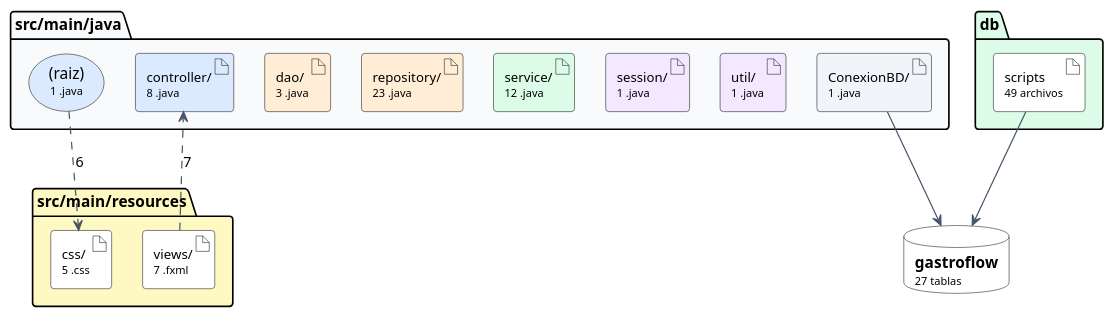
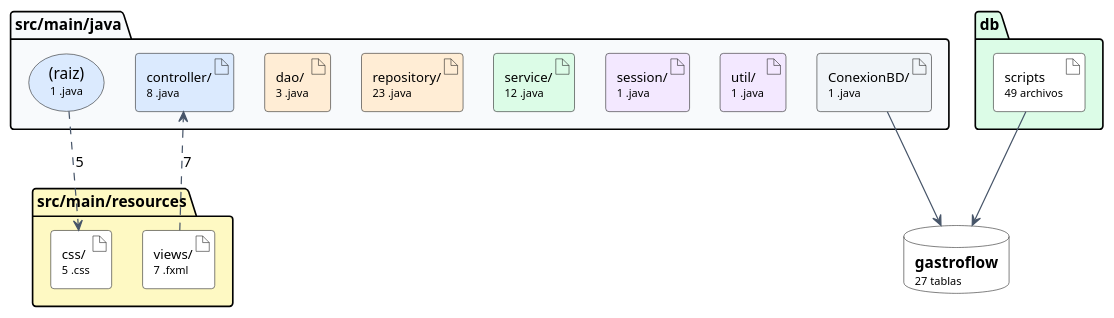
Before and after one commit to puj-course/FIS_2630_1204_G2: the diagram in docs/diagramas-fuente/DiagramaComponentes_S6_Artefactos.puml, drawn with PlantUML. The commit also changed 4 other files, not shown here.

```diff
--- a/docs/diagramas-fuente/DiagramaComponentes_S6_Artefactos.puml
+++ b/docs/diagramas-fuente/DiagramaComponentes_S6_Artefactos.puml
@@ -1,49 +1,49 @@
 @startuml
 allowmixing
 top to bottom direction
 skinparam backgroundColor #FFFFFF
 skinparam shadowing false
 skinparam defaultFontName Helvetica
 skinparam roundCorner 6
 skinparam nodesep 28
 skinparam ranksep 70
 skinparam ArrowColor #475569
 skinparam ArrowThickness 1.1
 skinparam ComponentBackgroundColor #FFFFFF
 skinparam ComponentFontSize 12
 skinparam ComponentBorderColor #334155
 skinparam ArtifactBackgroundColor #FFFFFF
 skinparam ArtifactFontSize 12
 skinparam DatabaseBackgroundColor #FFFFFF
 
 package "src/main/java" #F8FAFC {
   artifact "(raiz)\n<size:10>1 .java</size>" as J__raiz_ #DBEAFE
   artifact "ConexionBD/\n<size:10>1 .java</size>" as J_ConexionBD #F1F5F9
   artifact "controller/\n<size:10>8 .java</size>" as J_controller #DBEAFE
   artifact "dao/\n<size:10>3 .java</size>" as J_dao #FFEDD5
   artifact "repository/\n<size:10>23 .java</size>" as J_repository #FFEDD5
   artifact "service/\n<size:10>12 .java</size>" as J_service #DCFCE7
   artifact "session/\n<size:10>1 .java</size>" as J_session #F3E8FF
   artifact "util/\n<size:10>1 .java</size>" as J_util #F3E8FF
   J__raiz_ -[hidden]right- J_ConexionBD
   J_ConexionBD -[hidden]right- J_controller
   J_controller -[hidden]right- J_dao
   J_dao -[hidden]right- J_repository
   J_repository -[hidden]right- J_service
   J_service -[hidden]right- J_session
   J_session -[hidden]right- J_util
 }
 package "src/main/resources" #FEF9C3 {
   artifact "views/\n<size:10>7 .fxml</size>" as A_fxml
   artifact "css/\n<size:10>5 .css</size>" as A_css
   A_fxml -[hidden]right- A_css
 }
 package "db" #DCFCE7 {
   artifact "scripts\n<size:10>49 archivos</size>" as A_db
 }
 database "**gastroflow**\n<size:10>27 tablas</size>" as bd
 A_fxml ..> J_controller : 7
-J__raiz_ ..> A_css : 6
+J__raiz_ ..> A_css : 5
 A_db --> bd
 J_ConexionBD --> bd
 @enduml
```
